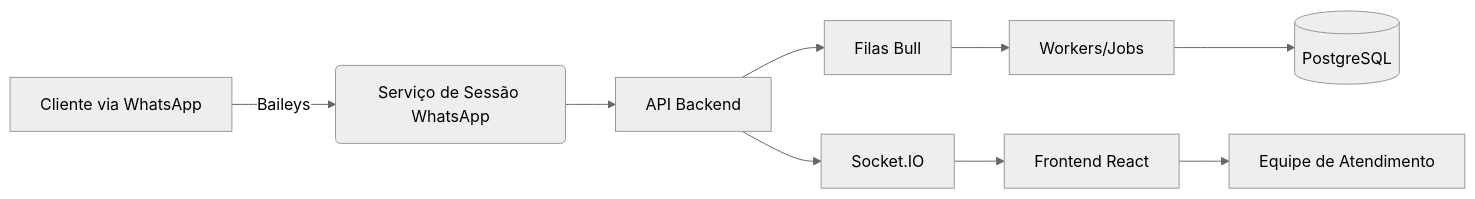
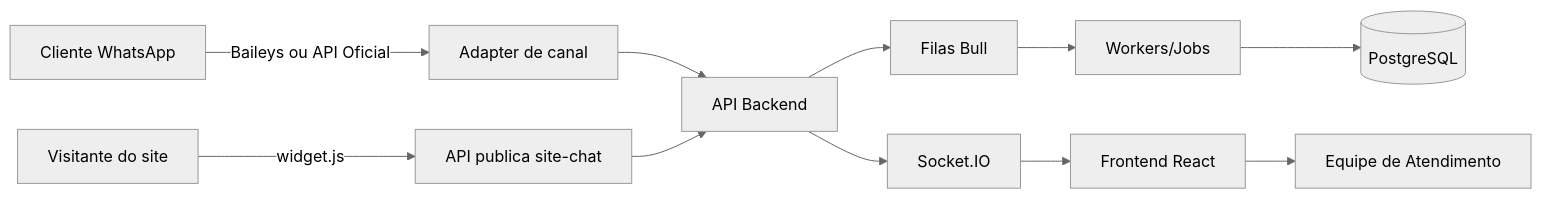
The diagram in .docs/visao-geral/arquitetura.md (zanon-alive/taktchat), drawn with Mermaid (neutral theme) before and after one commit. The commit also changed other lines of this file and 93 other files, not shown here.

````diff
--- a/.docs/visao-geral/arquitetura.md
+++ b/.docs/visao-geral/arquitetura.md
@@ -23,11 +23,13 @@
 ```mermaid
 flowchart LR
-  Cliente[Cliente via WhatsApp] -->|Baileys| Sessao(Serviço de Sessão WhatsApp)
-  Sessao --> Backend[API Backend]
+  ClienteWA[Cliente WhatsApp] -->|Baileys ou API Oficial| Canal[Adapter de canal]
+  ClienteSite[Visitante do site] -->|widget.js| SiteChat[API publica site-chat]
+  Canal --> Backend[API Backend]
+  SiteChat --> Backend
   Backend --> RedisFilas[Filas Bull]
   RedisFilas --> Workers[Workers/Jobs]
   Workers --> Postgres[(PostgreSQL)]
   Backend --> SocketIO[Socket.IO]
   SocketIO --> Frontend[Frontend React]
   Frontend --> Usuario[Equipe de Atendimento]
 ```
````
